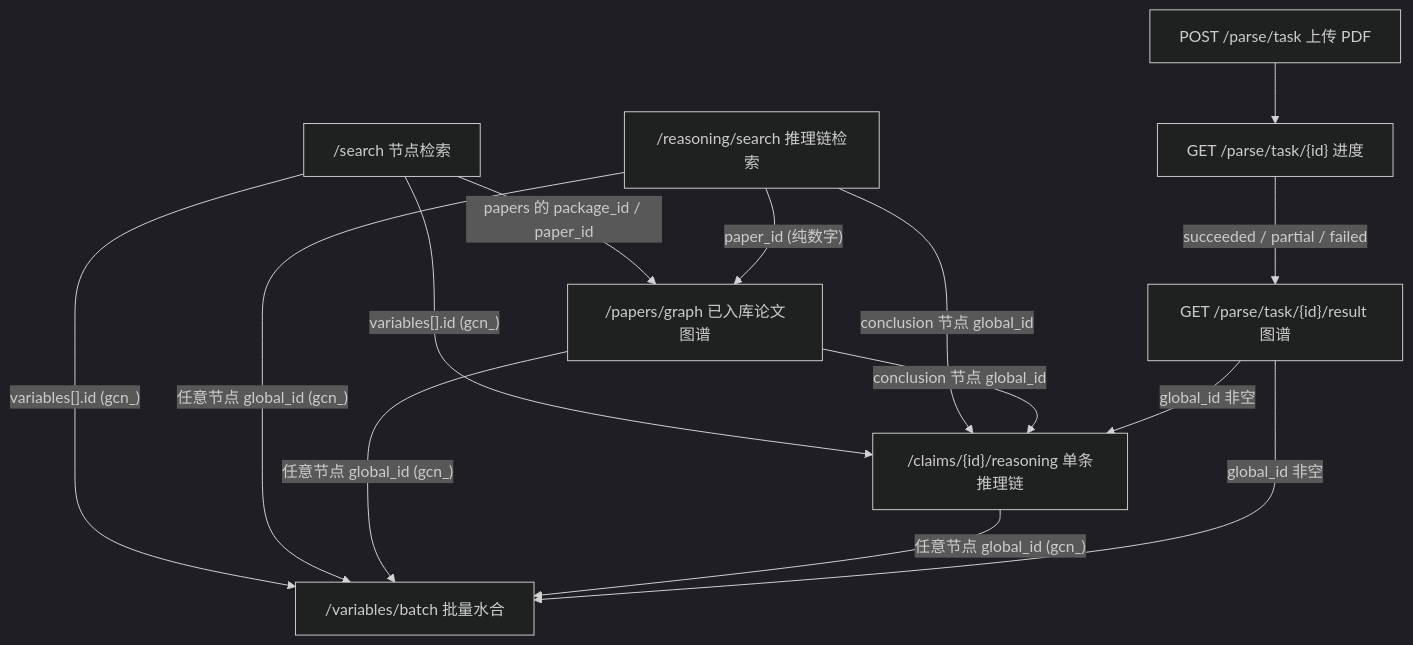
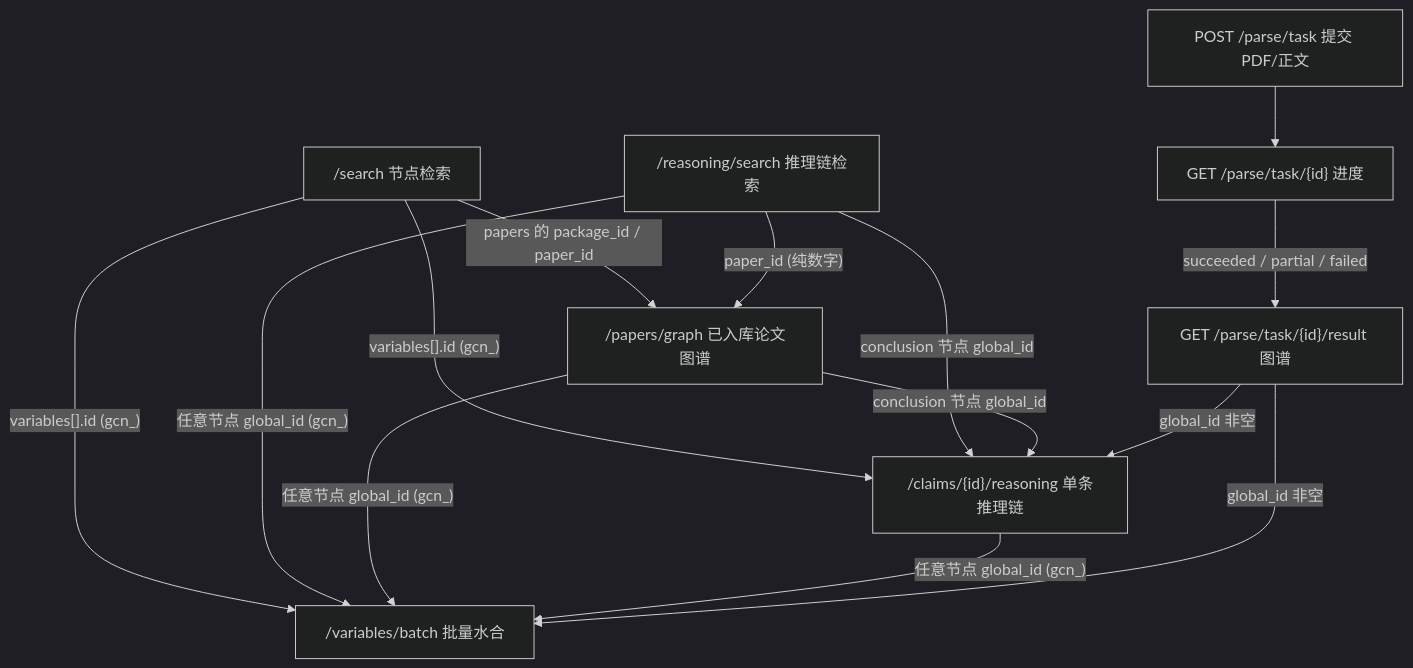
Before and after one commit to dptech-corp/bohrium-skills: the diagram in zh/bohrium-lkm/SKILL.md, drawn with Mermaid (dark theme). The commit also changed other lines of this file and 5 other files, not shown here.

First line of the commit message:
docs(lkm): accept PDF and/or parser markdown on parse

````diff
--- a/zh/bohrium-lkm/SKILL.md
+++ b/zh/bohrium-lkm/SKILL.md
@@ -57,25 +57,25 @@
 ```mermaid
 flowchart TD
     search["/search 节点检索"]
     rsearch["/reasoning/search 推理链检索"]
     pgraph["/papers/graph 已入库论文图谱"]
     creason["/claims/{id}/reasoning 单条推理链"]
     batch["/variables/batch 批量水合"]
-    parse["POST /parse/task 上传 PDF"]
+    parse["POST /parse/task 提交 PDF/正文"]
     pstatus["GET /parse/task/{id} 进度"]
     presult["GET /parse/task/{id}/result 图谱"]
 
     search -->|"variables[].id (gcn_)"| creason
     search -->|"variables[].id (gcn_)"| batch
     search -->|"papers 的 package_id / paper_id"| pgraph
     rsearch -->|"conclusion 节点 global_id"| creason
     rsearch -->|"任意节点 global_id (gcn_)"| batch
     rsearch -->|"paper_id (纯数字)"| pgraph
     pgraph -->|"conclusion 节点 global_id"| creason
     pgraph -->|"任意节点 global_id (gcn_)"| batch
     creason -->|"任意节点 global_id (gcn_)"| batch
     parse --> pstatus
     pstatus -->|"succeeded / partial / failed"| presult
     presult -->|"global_id 非空"| creason
     presult -->|"global_id 非空"| batch
 ```
````
